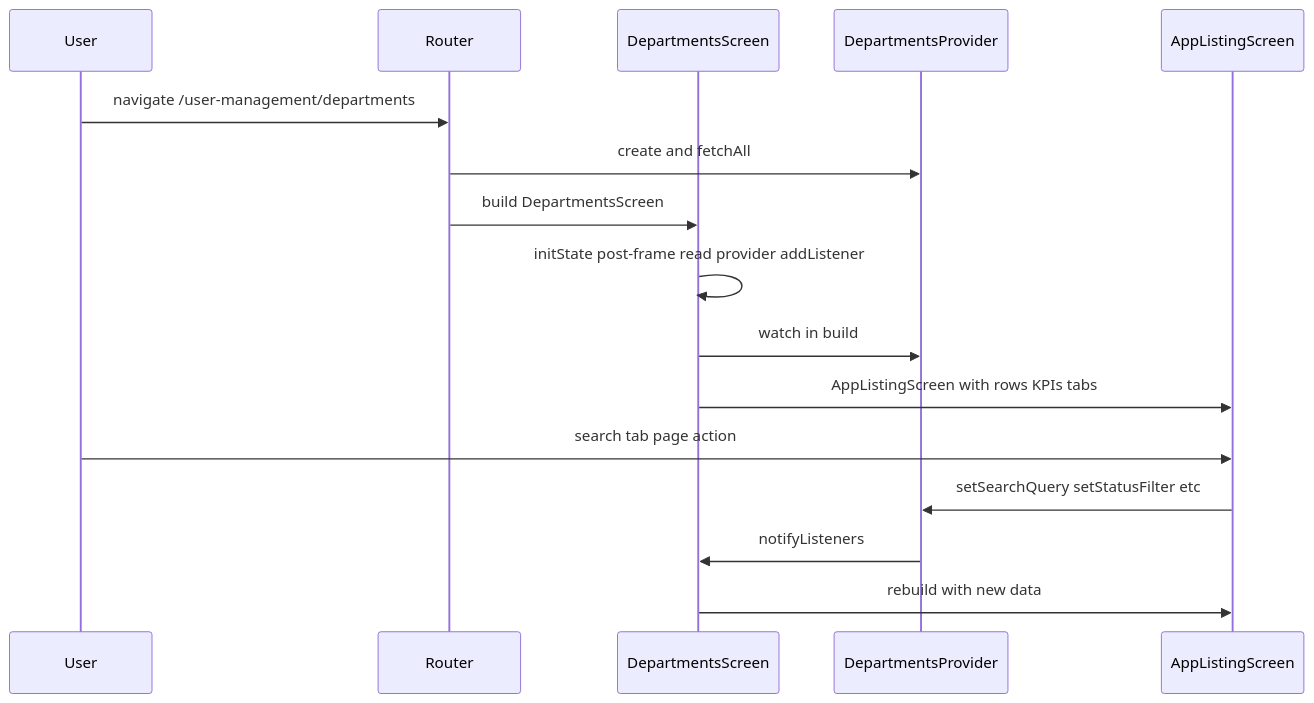
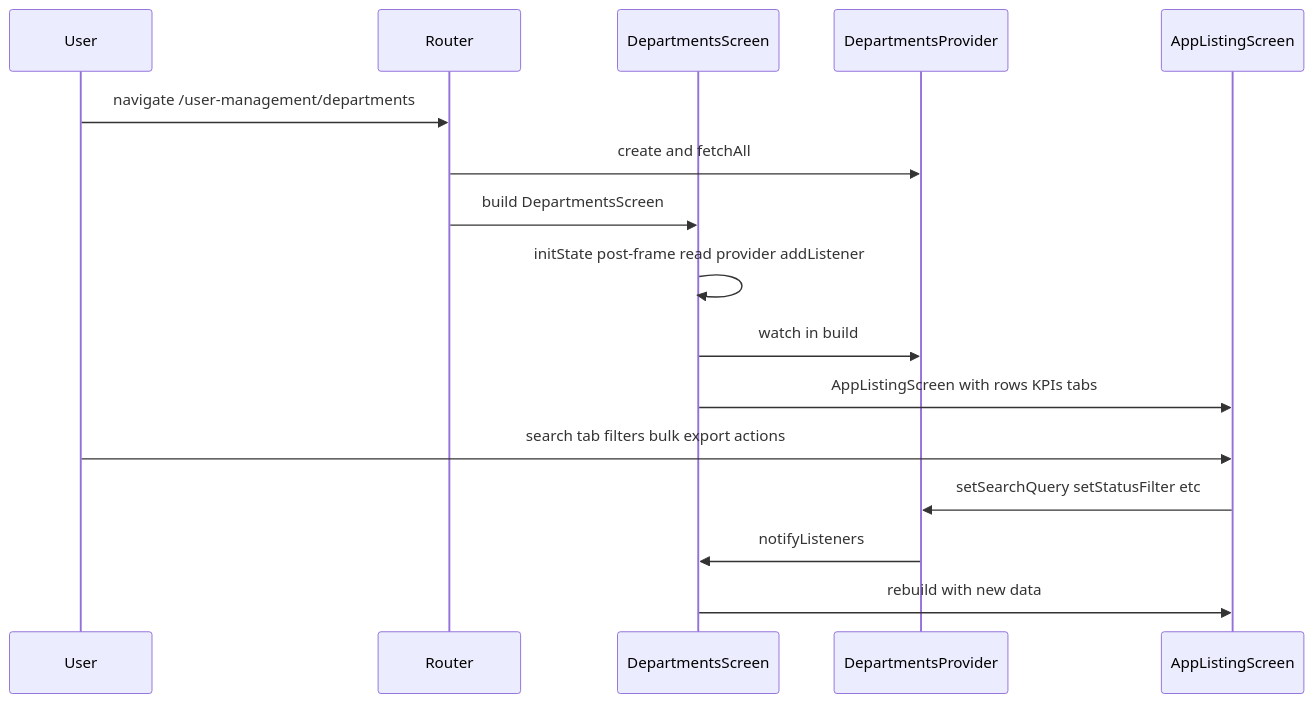
Before and after one commit to design-mipl/lims: the diagram in docs/departments_screen.md, drawn with Mermaid. The commit also changed other lines of this file and 52 other files, not shown here.

````diff
--- a/docs/departments_screen.md
+++ b/docs/departments_screen.md
@@ -102,18 +104,18 @@
 ```mermaid
 sequenceDiagram
   participant User
   participant Router
   participant Screen as DepartmentsScreen
   participant Provider as DepartmentsProvider
   participant Listing as AppListingScreen
   User->>Router: navigate /user-management/departments
   Router->>Provider: create and fetchAll
   Router->>Screen: build DepartmentsScreen
   Screen->>Screen: initState post-frame read provider addListener
   Screen->>Provider: watch in build
   Screen->>Listing: AppListingScreen with rows KPIs tabs
-  User->>Listing: search tab page action
+  User->>Listing: search tab filters bulk export actions
   Listing->>Provider: setSearchQuery setStatusFilter etc
   Provider->>Screen: notifyListeners
   Screen->>Listing: rebuild with new data
 ```
````
